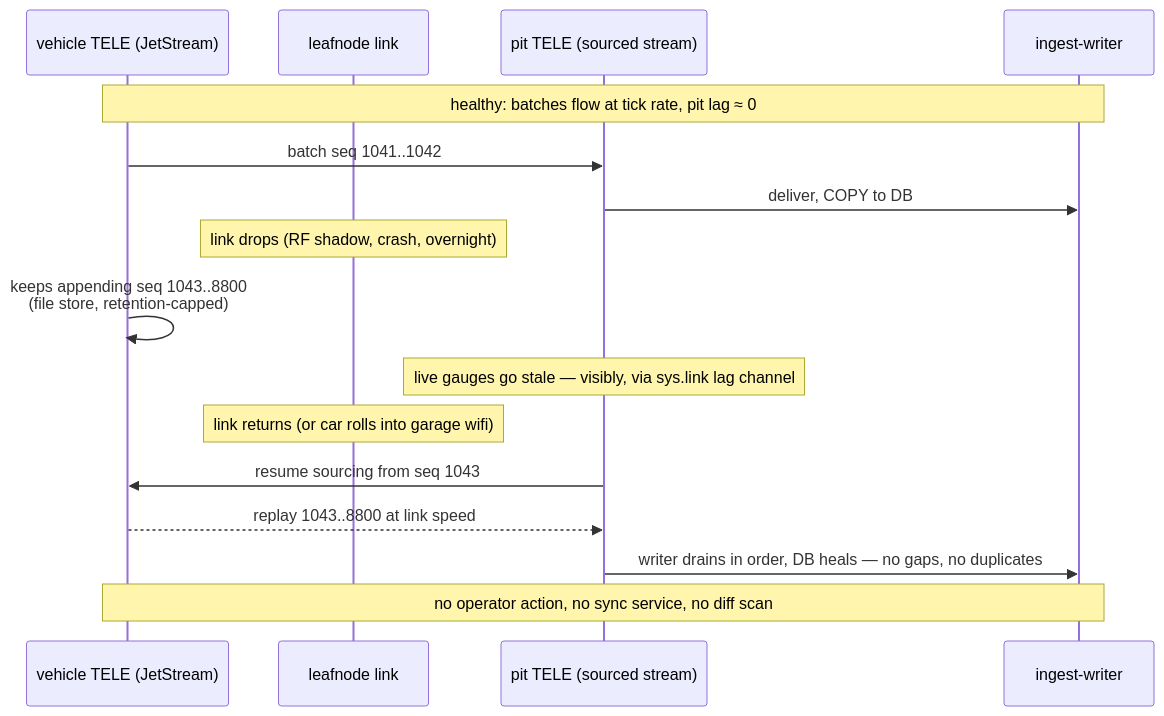
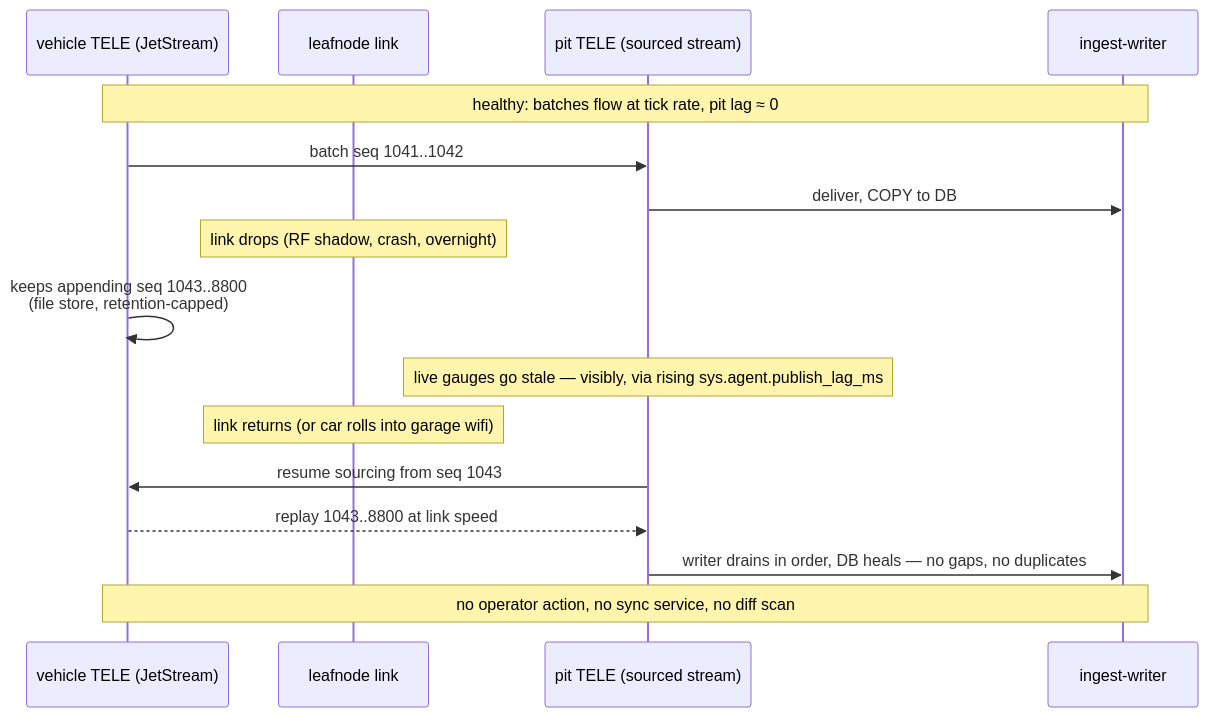
One commit to Robert-McMahon/openlaps changed the fourth of 4 diagrams in docs/ARCHITECTURE.md. Above: the diagram before and after it, drawn with Mermaid. The commit also changed other lines of this file and 4 other files, not shown here.

````diff
--- a/docs/ARCHITECTURE.md
+++ b/docs/ARCHITECTURE.md
@@ -145,18 +145,18 @@
 ```mermaid
 sequenceDiagram
   participant V as vehicle TELE (JetStream)
   participant L as leafnode link
   participant P as pit TELE (sourced stream)
   participant W as ingest-writer
   Note over V,W: healthy: batches flow at tick rate, pit lag ≈ 0
   V->>P: batch seq 1041..1042
   P->>W: deliver, COPY to DB
   Note over L: link drops (RF shadow, crash, overnight)
   V->>V: keeps appending seq 1043..8800<br/>(file store, retention-capped)
-  Note over P: live gauges go stale — visibly, via sys.link lag channel
+  Note over P: live gauges go stale — visibly, via rising sys.agent.publish_lag_ms
   Note over L: link returns (or car rolls into garage wifi)
   P->>V: resume sourcing from seq 1043
   V-->>P: replay 1043..8800 at link speed
   P->>W: writer drains in order, DB heals — no gaps, no duplicates
   Note over V,W: no operator action, no sync service, no diff scan
 ```
````
